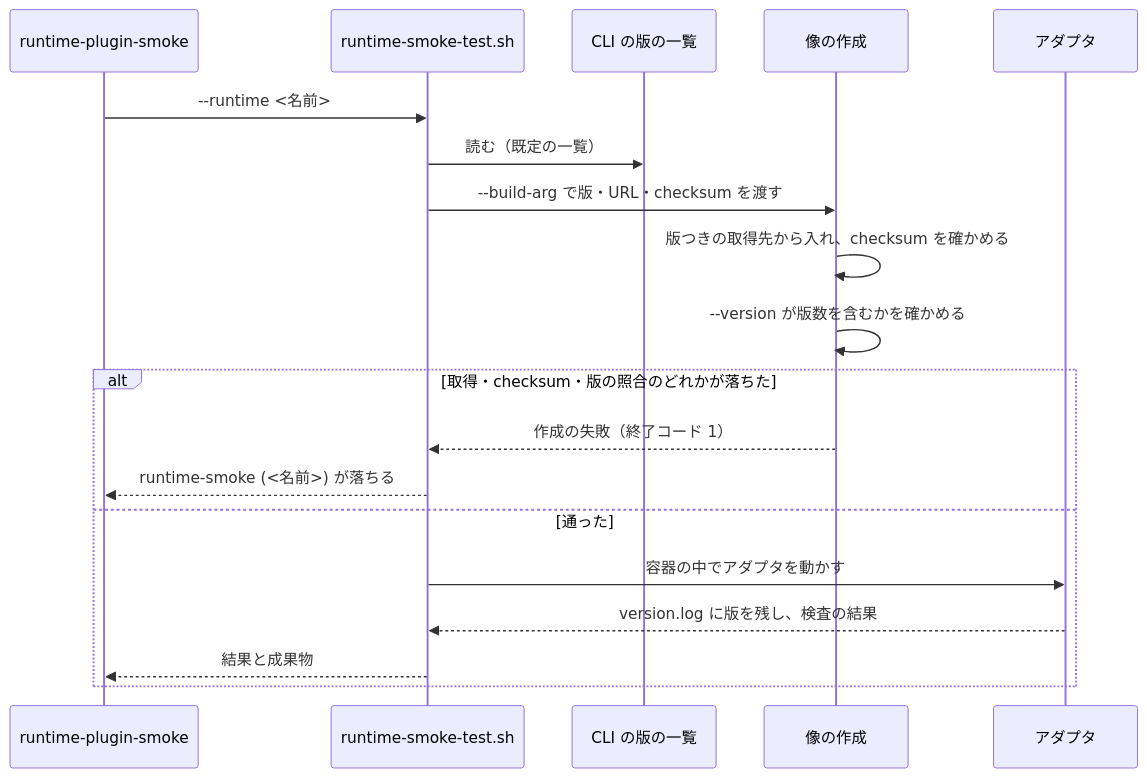
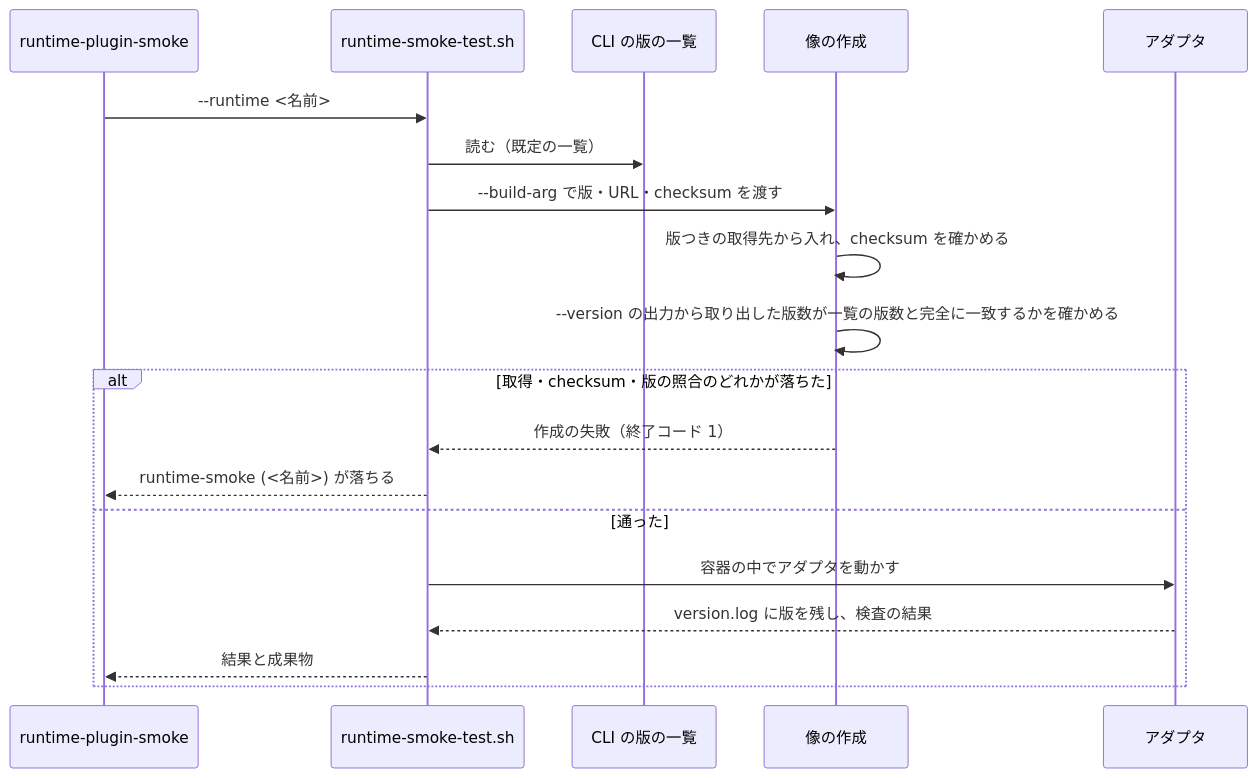
Before and after one commit to devbasex/ai-plugins: the fourth of 5 diagrams in issues/issue-1982-design.md, drawn with Mermaid. The commit also changed other lines of this file, not shown here.

````diff
--- a/issues/issue-1982-design.md
+++ b/issues/issue-1982-design.md
@@ -239,21 +239,21 @@
 ```mermaid
 sequenceDiagram
     participant W as runtime-plugin-smoke
     participant T as runtime-smoke-test.sh
     participant V as CLI の版の一覧
     participant B as 像の作成
     participant A as アダプタ
     W->>T: --runtime <名前>
     T->>V: 読む（既定の一覧）
     T->>B: --build-arg で版・URL・checksum を渡す
     B->>B: 版つきの取得先から入れ、checksum を確かめる
-    B->>B: --version が版数を含むかを確かめる
+    B->>B: --version の出力から取り出した版数が一覧の版数と完全に一致するかを確かめる
     alt 取得・checksum・版の照合のどれかが落ちた
         B-->>T: 作成の失敗（終了コード 1）
         T-->>W: runtime-smoke (<名前>) が落ちる
     else 通った
         T->>A: 容器の中でアダプタを動かす
         A-->>T: version.log に版を残し、検査の結果
         T-->>W: 結果と成果物
     end
 ```
````
